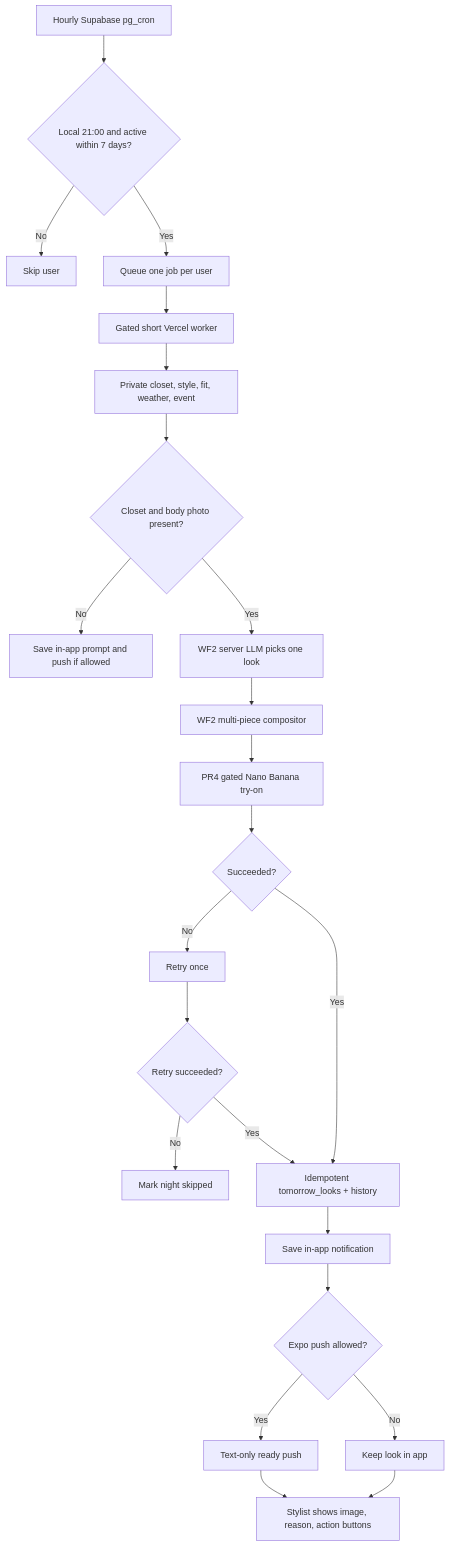
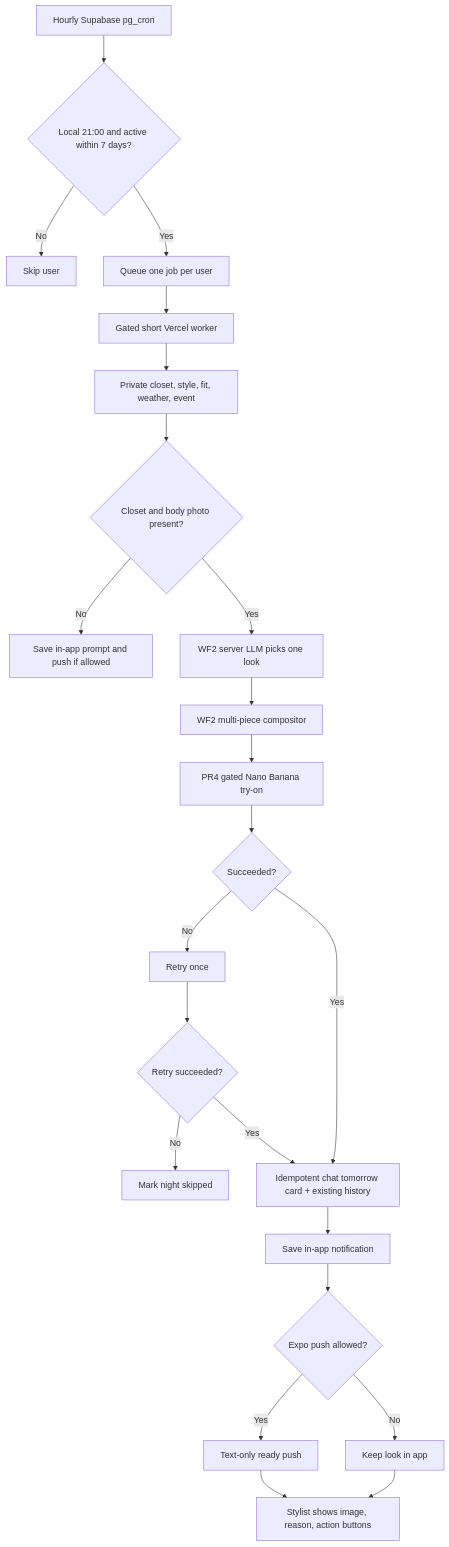
The eighth of 10 diagrams in studio/ideas/stylit-agent/dev.md (killbill2792/studio), drawn with Mermaid before and after one commit. The commit also changed other lines of this file and 5 other files, not shown here.

````diff
--- a/studio/ideas/stylit-agent/dev.md
+++ b/studio/ideas/stylit-agent/dev.md
@@ -223,25 +227,25 @@
 ```mermaid
 flowchart TD
   cron[Hourly Supabase pg_cron] --> eligible{Local 21:00 and active within 7 days?}
   eligible -->|No| stop[Skip user]
   eligible -->|Yes| enqueue[Queue one job per user]
   enqueue --> worker[Gated short Vercel worker]
   worker --> inputs[Private closet, style, fit, weather, event]
   inputs --> enough{Closet and body photo present?}
   enough -->|No| missing[Save in-app prompt and push if allowed]
   enough -->|Yes| picker[WF2 server LLM picks one look]
   picker --> compose[WF2 multi-piece compositor]
   compose --> tryon[PR4 gated Nano Banana try-on]
   tryon --> success{Succeeded?}
   success -->|No| once[Retry once]
   once --> retry{Retry succeeded?}
   retry -->|No| skip[Mark night skipped]
-  retry -->|Yes| save[Idempotent tomorrow_looks + history]
+  retry -->|Yes| save[Idempotent chat tomorrow card + existing history]
   success -->|Yes| save
   save --> notice[Save in-app notification]
   notice --> permission{Expo push allowed?}
   permission -->|Yes| push[Text-only ready push]
   permission -->|No| inbox[Keep look in app]
   push --> open[Stylist shows image, reason, action buttons]
   inbox --> open
 ```
````
